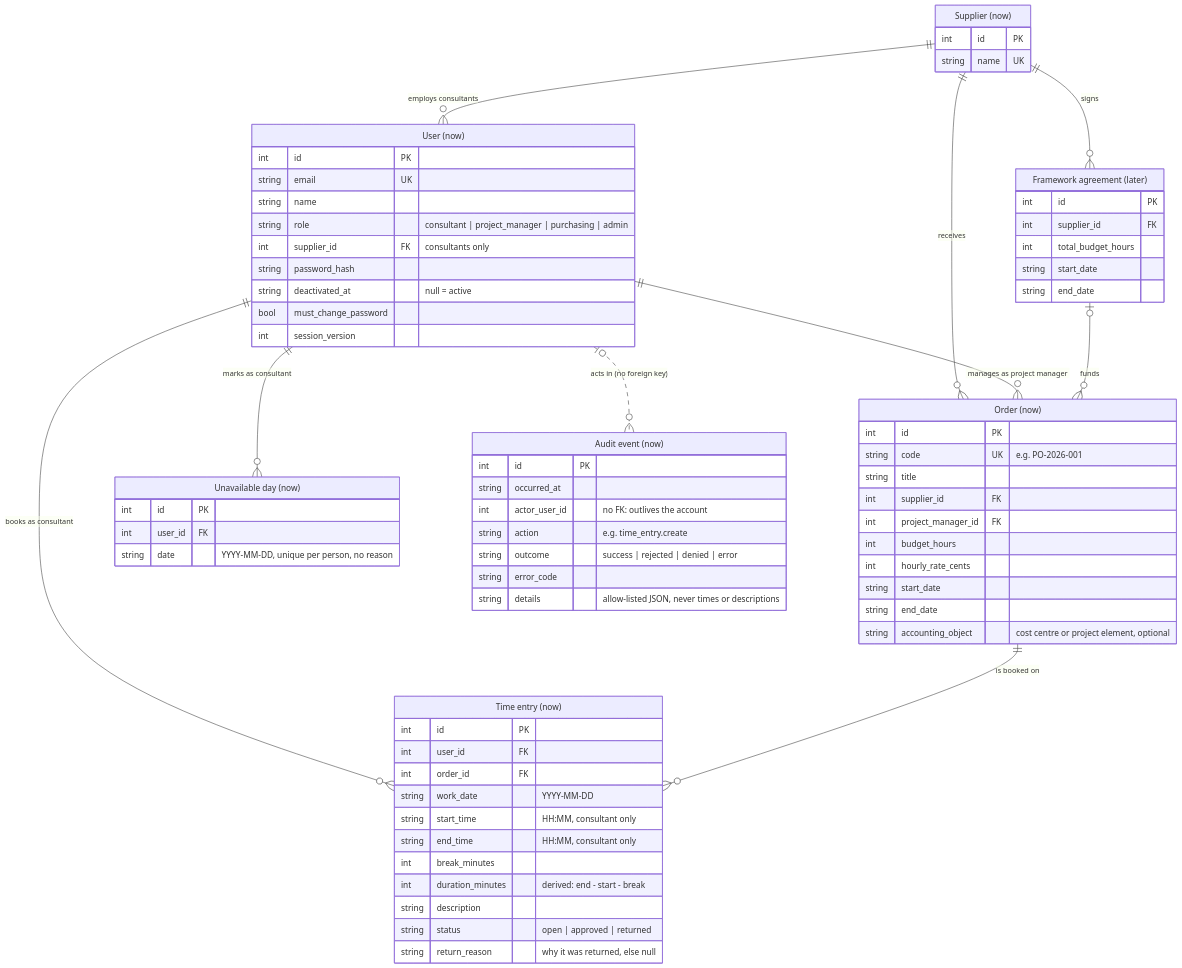
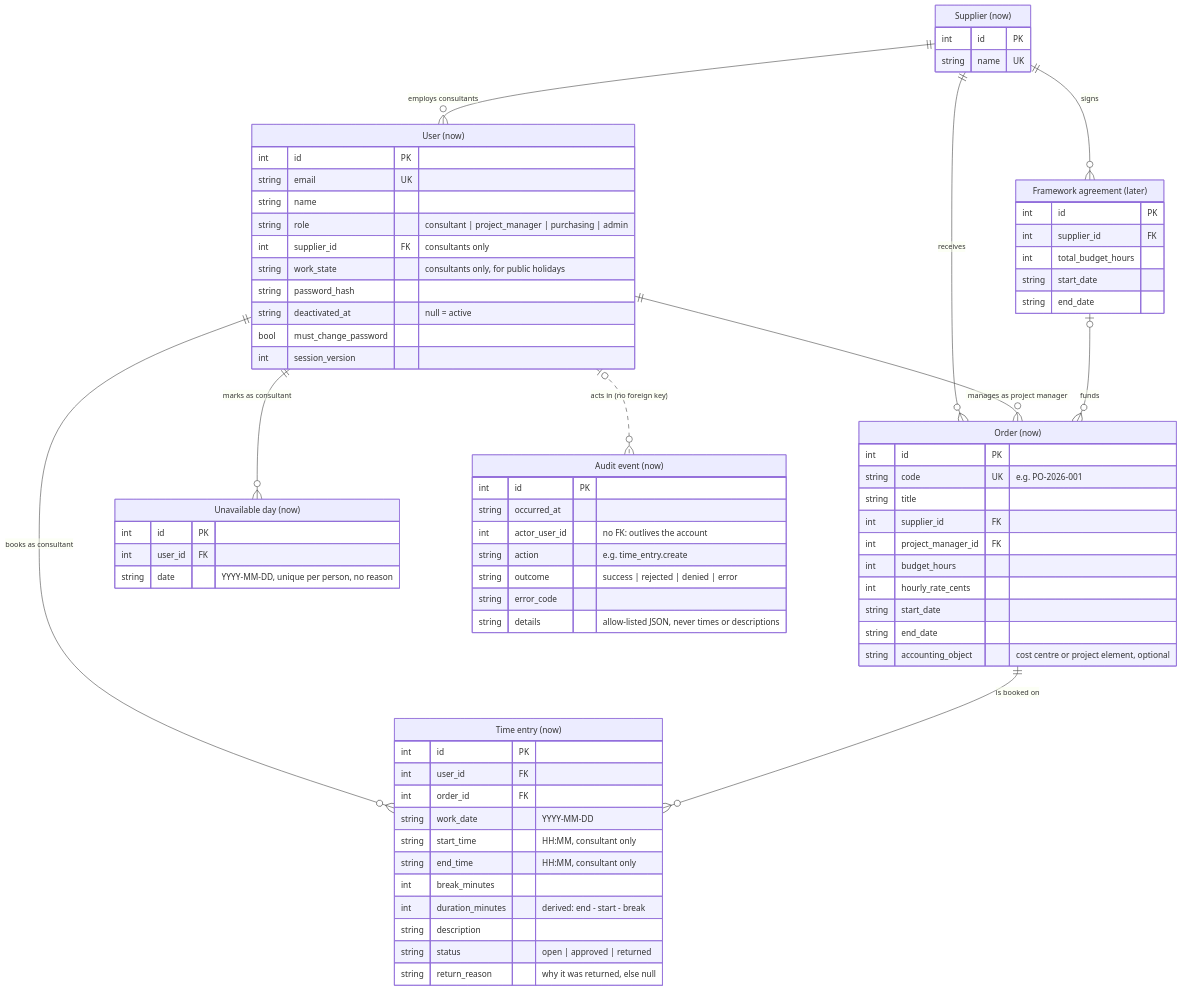
Before and after one commit to devjimah/code-six-timebooking: the diagram in docs/domain.md, drawn with Mermaid. The commit also changed other lines of this file and 28 other files, not shown here.

First line of the commit message:
feat: public holidays per federal state, from where a consultant works

````diff
--- a/docs/domain.md
+++ b/docs/domain.md
@@ -34,75 +34,76 @@
 ```mermaid
 erDiagram
     SUPPLIER ||--o{ USER : "employs consultants"
     SUPPLIER ||--o{ ORDER : "receives"
     USER ||--o{ ORDER : "manages as project manager"
     USER ||--o{ TIME_ENTRY : "books as consultant"
     ORDER ||--o{ TIME_ENTRY : "is booked on"
     USER ||--o{ UNAVAILABLE_DAY : "marks as consultant"
     USER |o..o{ AUDIT_EVENT : "acts in (no foreign key)"
 
     SUPPLIER ||--o{ FRAMEWORK_AGREEMENT : "signs"
     FRAMEWORK_AGREEMENT |o--o{ ORDER : "funds"
 
     SUPPLIER["Supplier (now)"] {
         int id PK
         string name UK
     }
     USER["User (now)"] {
         int id PK
         string email UK
         string name
         string role "consultant | project_manager | purchasing | admin"
         int supplier_id FK "consultants only"
+        string work_state "consultants only, for public holidays"
         string password_hash
         string deactivated_at "null = active"
         bool must_change_password
         int session_version
     }
     ORDER["Order (now)"] {
         int id PK
         string code UK "e.g. PO-2026-001"
         string title
         int supplier_id FK
         int project_manager_id FK
         int budget_hours
         int hourly_rate_cents
         string start_date
         string end_date
         string accounting_object "cost centre or project element, optional"
     }
     TIME_ENTRY["Time entry (now)"] {
         int id PK
         int user_id FK
         int order_id FK
         string work_date "YYYY-MM-DD"
         string start_time "HH:MM, consultant only"
         string end_time "HH:MM, consultant only"
         int break_minutes
         int duration_minutes "derived: end - start - break"
         string description
         string status "open | approved | returned"
         string return_reason "why it was returned, else null"
     }
     UNAVAILABLE_DAY["Unavailable day (now)"] {
         int id PK
         int user_id FK
         string date "YYYY-MM-DD, unique per person, no reason"
     }
     AUDIT_EVENT["Audit event (now)"] {
         int id PK
         string occurred_at
         int actor_user_id "no FK: outlives the account"
         string action "e.g. time_entry.create"
         string outcome "success | rejected | denied | error"
         string error_code
         string details "allow-listed JSON, never times or descriptions"
     }
     FRAMEWORK_AGREEMENT["Framework agreement (later)"] {
         int id PK
         int supplier_id FK
         int total_budget_hours
         string start_date
         string end_date
     }
 ```
````
